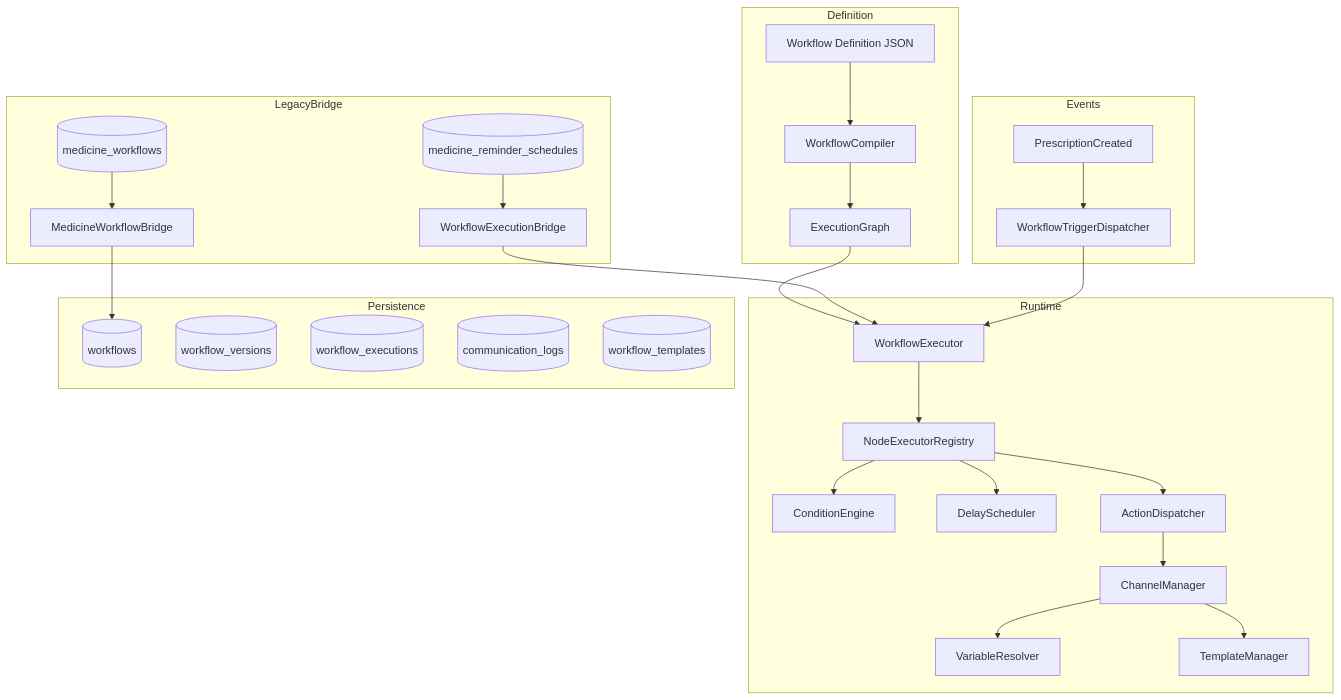
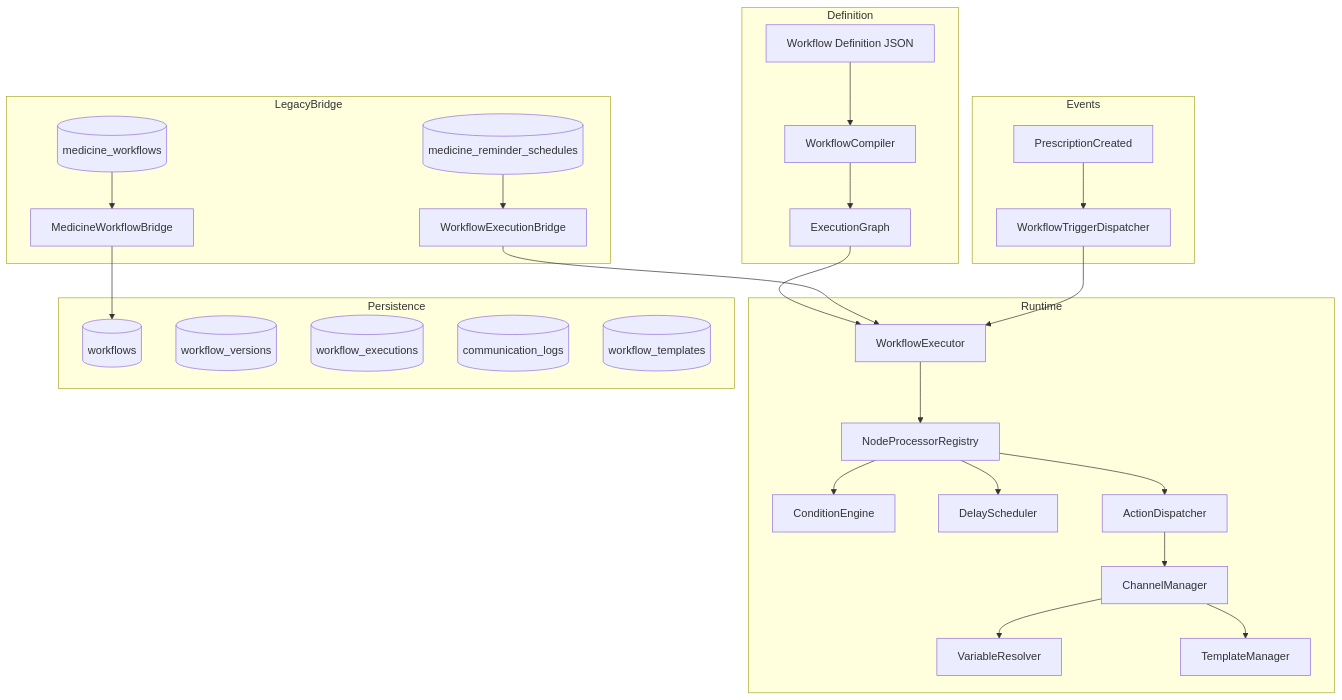
The first of 2 diagrams in docs/workflow/ARCHITECTURE.md (Gokul-HIP/HIP_backend), drawn with Mermaid before and after one commit. The commit also changed other lines of this file and 227 other files, not shown here.

Commit message:
automation engin event,trigger,node processor

````diff
--- a/docs/workflow/ARCHITECTURE.md
+++ b/docs/workflow/ARCHITECTURE.md
@@ -7,51 +7,51 @@
 ```mermaid
 flowchart TB
     subgraph Definition
         WD[Workflow Definition JSON]
         WC[WorkflowCompiler]
         EG[ExecutionGraph]
         WD --> WC --> EG
     end
 
     subgraph Runtime
         WE[WorkflowExecutor]
-        NER[NodeExecutorRegistry]
+        NER[NodeProcessorRegistry]
         CE[ConditionEngine]
         DS[DelayScheduler]
         AD[ActionDispatcher]
         CM[ChannelManager]
         VR[VariableResolver]
         TM[TemplateManager]
         EG --> WE
         WE --> NER
         NER --> CE
         NER --> DS
         NER --> AD
         AD --> CM
         CM --> VR
         CM --> TM
     end
 
     subgraph Persistence
         W[(workflows)]
         WV[(workflow_versions)]
         WEX[(workflow_executions)]
         CL[(communication_logs)]
         WT[(workflow_templates)]
     end
 
     subgraph LegacyBridge
         MW[(medicine_workflows)]
         MRS[(medicine_reminder_schedules)]
         MWB[MedicineWorkflowBridge]
         WEB[WorkflowExecutionBridge]
         MW --> MWB --> W
         MRS --> WEB --> WE
     end
 
     subgraph Events
         PC[PrescriptionCreated]
         TD[WorkflowTriggerDispatcher]
         PC --> TD --> WE
     end
 ```
````
